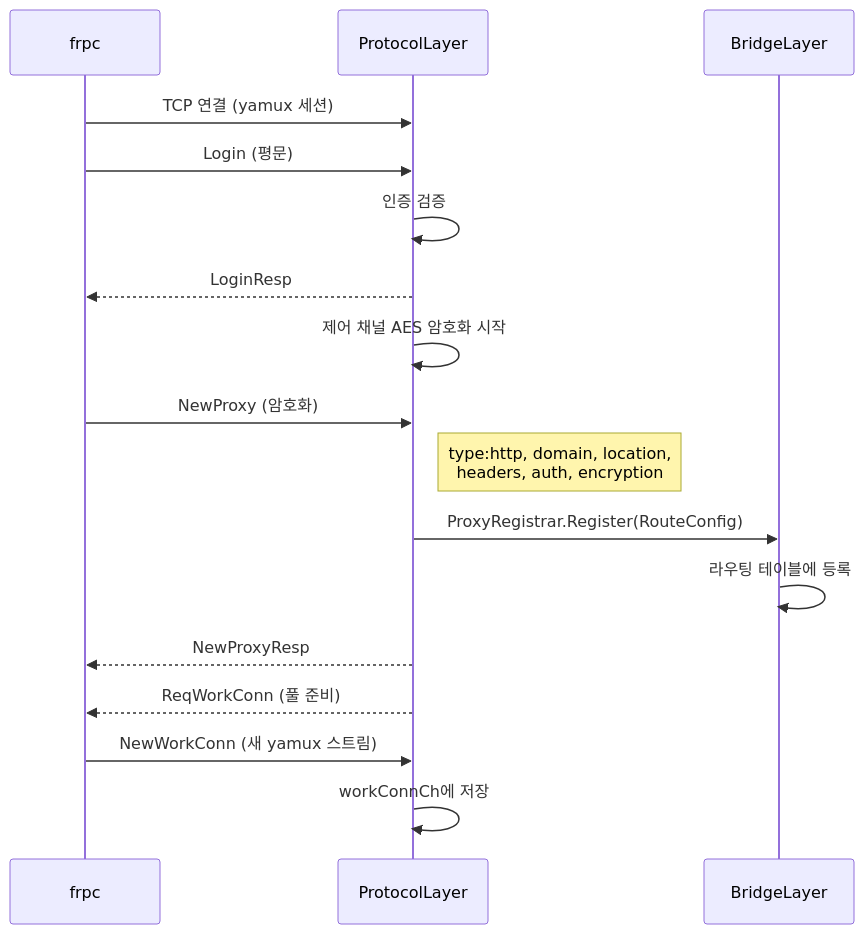
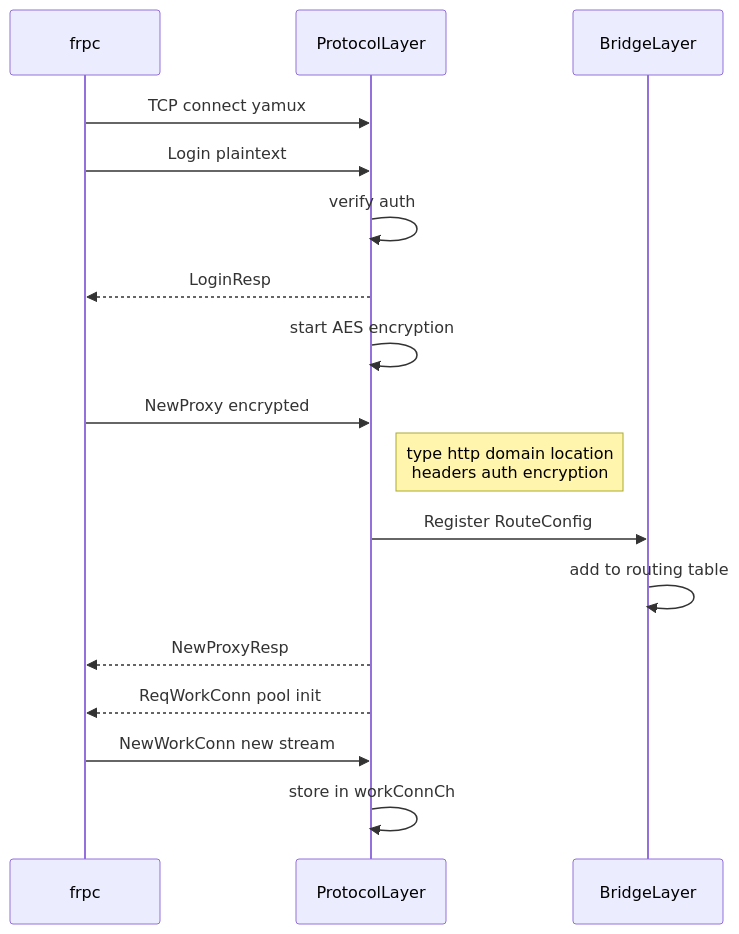
One commit to cagojeiger/drp changed the third of 4 diagrams in docs/architecture/overview.md. Above: the diagram before and after it, drawn with Mermaid. The commit also changed other lines of this file and 2 other files, not shown here.

Commit message:
fix(docs): fix Mermaid syntax for VS Code compatibility
- Remove hyphens from subgraph/node IDs
- Replace Korean text in edge labels with English
- Fix self-referencing edges
- Fix alt/else labels in sequence diagrams
- Ensure all referenced nodes are declared

````diff
--- a/docs/architecture/overview.md
+++ b/docs/architecture/overview.md
@@ -68,22 +68,22 @@
 ```mermaid
 sequenceDiagram
     participant F as frpc
     participant P as ProtocolLayer
     participant B as BridgeLayer
 
-    F->>P: TCP 연결 (yamux 세션)
-    F->>P: Login (평문)
-    P->>P: 인증 검증
+    F->>P: TCP connect yamux
+    F->>P: Login plaintext
+    P->>P: verify auth
     P-->>F: LoginResp
-    P->>P: 제어 채널 AES 암호화 시작
+    P->>P: start AES encryption
 
-    F->>P: NewProxy (암호화)
-    Note right of P: type:http, domain, location,<br/>headers, auth, encryption
-    P->>B: ProxyRegistrar.Register(RouteConfig)
-    B->>B: 라우팅 테이블에 등록
+    F->>P: NewProxy encrypted
+    Note right of P: type http domain location<br/>headers auth encryption
+    P->>B: Register RouteConfig
+    B->>B: add to routing table
     P-->>F: NewProxyResp
 
-    P-->>F: ReqWorkConn (풀 준비)
-    F->>P: NewWorkConn (새 yamux 스트림)
-    P->>P: workConnCh에 저장
+    P-->>F: ReqWorkConn pool init
+    F->>P: NewWorkConn new stream
+    P->>P: store in workConnCh
 ```
````
